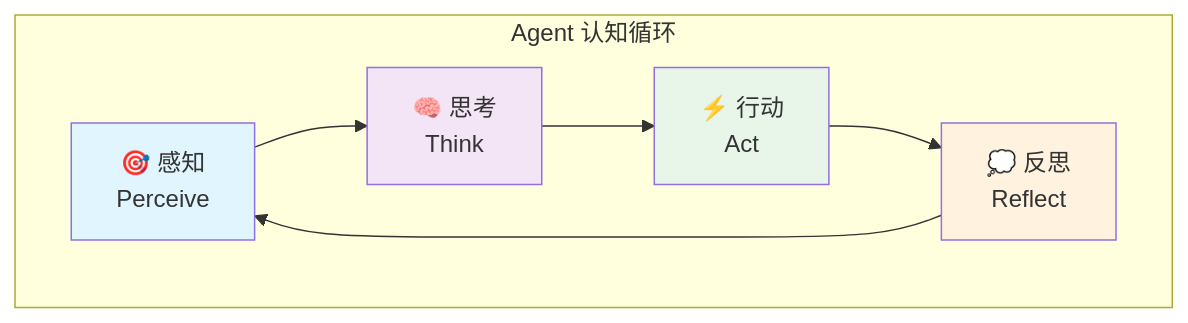
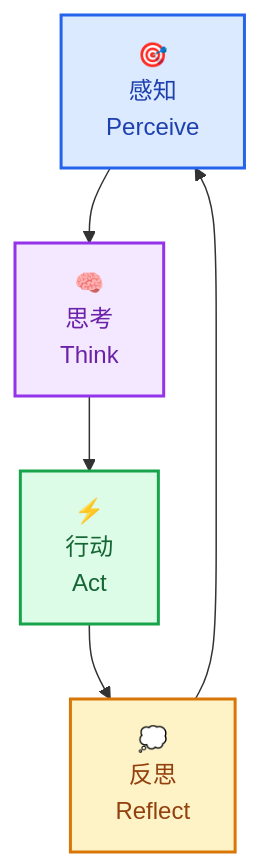
One commit to Eivs/niuma changed the first of 6 diagrams in README.md. Above: the diagram before and after it, drawn with Mermaid. The commit also changed other lines of this file and 1 other file, not shown here.

Commit message:
refactor: Update diagrams and improve color schemes in PRD and README

````diff
--- a/README.md
+++ b/README.md
@@ -21,15 +21,24 @@
 ```mermaid
-flowchart LR
-    subgraph CognitiveLoop["Agent 认知循环"]
-        direction LR
-        Perceive["🎯 感知<br/>Perceive"] --> Think["🧠 思考<br/>Think"]
-        Think --> Act["⚡ 行动<br/>Act"]
-        Act --> Reflect["💭 反思<br/>Reflect"]
-        Reflect --> Perceive
-    end
+flowchart TB
+    %% 环形布局的认知循环
+    Perceive["🎯<br/>感知<br/>Perceive"]
+    Think["🧠<br/>思考<br/>Think"]
+    Act["⚡<br/>行动<br/>Act"]
+    Reflect["💭<br/>反思<br/>Reflect"]
 
-    style Perceive fill:#e1f5fe
-    style Think fill:#f3e5f5
-    style Act fill:#e8f5e9
-    style Reflect fill:#fff3e0
+    Perceive --> Think
+    Think --> Act
+    Act --> Reflect
+    Reflect --> Perceive
+
+    %% 统一的配色方案
+    classDef perceive fill:#dbeafe,stroke:#2563eb,stroke-width:2px,color:#1e40af
+    classDef think fill:#f3e8ff,stroke:#9333ea,stroke-width:2px,color:#6b21a8
+    classDef act fill:#dcfce7,stroke:#16a34a,stroke-width:2px,color:#166534
+    classDef reflect fill:#fef3c7,stroke:#d97706,stroke-width:2px,color:#92400e
+
+    class Perceive perceive
+    class Think think
+    class Act act
+    class Reflect reflect
 ```
````
